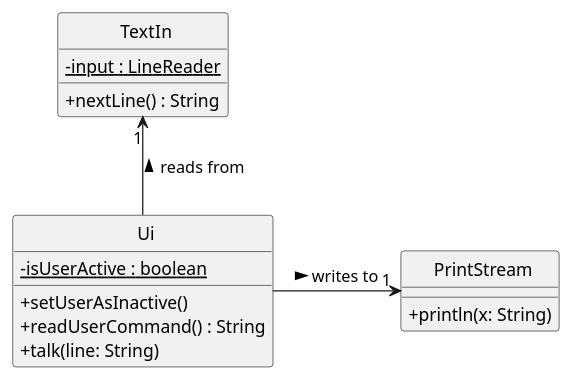
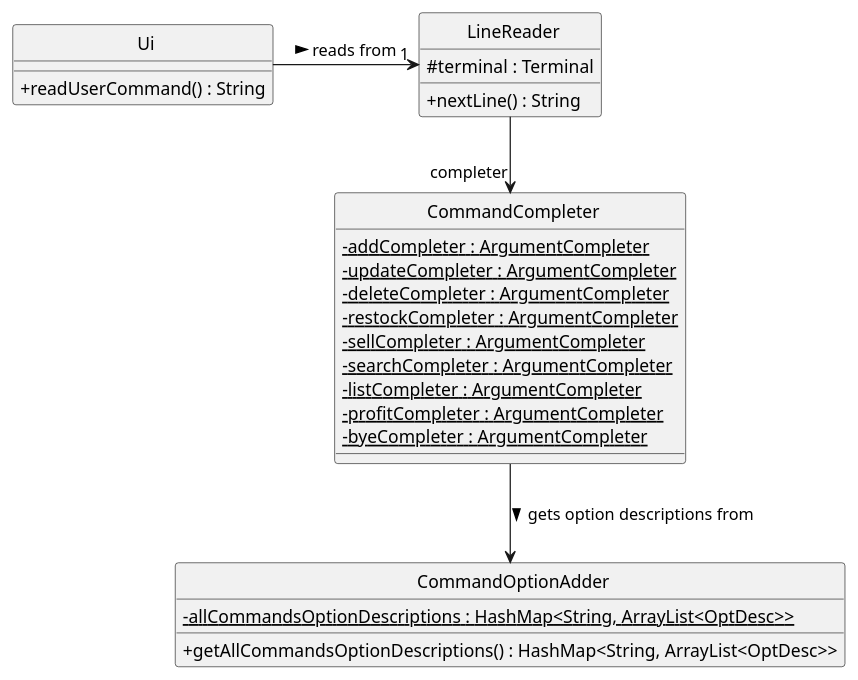
One commit to AY2324S2-CS2113T-T09-2/tp changed the diagram in docs/diagrams/UiClassDiagram.puml. Above: the diagram before and after it, drawn with PlantUML. The commit also changed 1 other file, not shown here.

Commit message:
Update Ui class diagram

```diff
--- a/docs/diagrams/UiClassDiagram.puml
+++ b/docs/diagrams/UiClassDiagram.puml
@@ -1,28 +1,39 @@
 @startuml
 
 skinparam classAttributeIconSize 0
 skinparam CircledCharacterFontSize 0
 skinparam CircledCharacterRadius 0
 
 class Ui {
-        - isUserActive : boolean {static}
-
-        + setUserAsInactive()
         + readUserCommand() : String
-        + talk(line: String)
 }
 
-class TextIn {
-        - input : LineReader {static}
+class LineReader {
+        # terminal : Terminal
 
         + nextLine() : String
 }
 
-class PrintStream {
-        + println(x: String)
+class CommandCompleter {
+        - addCompleter : ArgumentCompleter {static}
+        - updateCompleter : ArgumentCompleter {static}
+        - deleteCompleter : ArgumentCompleter {static}
+        - restockCompleter : ArgumentCompleter {static}
+        - sellCompleter : ArgumentCompleter {static}
+        - searchCompleter : ArgumentCompleter {static}
+        - listCompleter : ArgumentCompleter {static}
+        - profitCompleter : ArgumentCompleter {static}
+        - byeCompleter : ArgumentCompleter {static}
 }
 
-Ui -up-> "1" TextIn : reads from >
-Ui -right-> "1" PrintStream : writes to >
+class CommandOptionAdder {
+        - allCommandsOptionDescriptions : HashMap<String, ArrayList<OptDesc>> {static}
+
+        + getAllCommandsOptionDescriptions() : HashMap<String, ArrayList<OptDesc>>
+}
+
+Ui -> "1" LineReader : reads from >
+LineReader --> "completer" CommandCompleter
+CommandCompleter -d-> CommandOptionAdder : gets option descriptions from >
 
 @enduml
```
